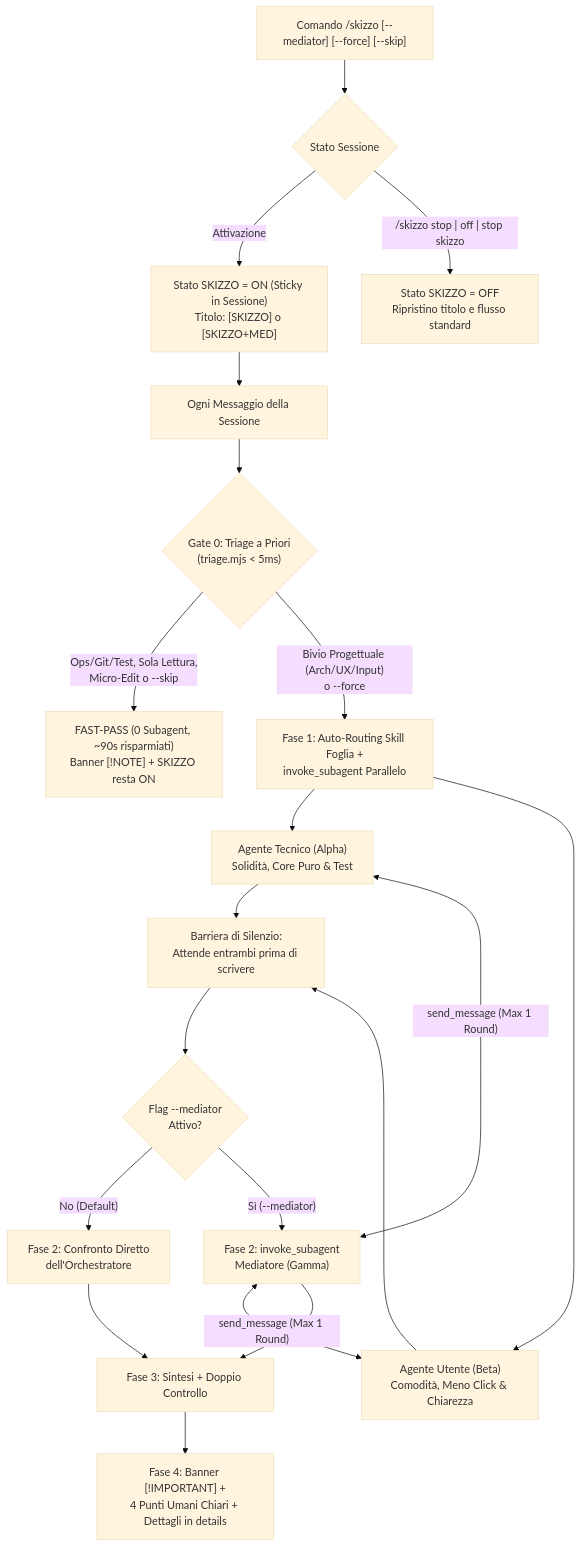
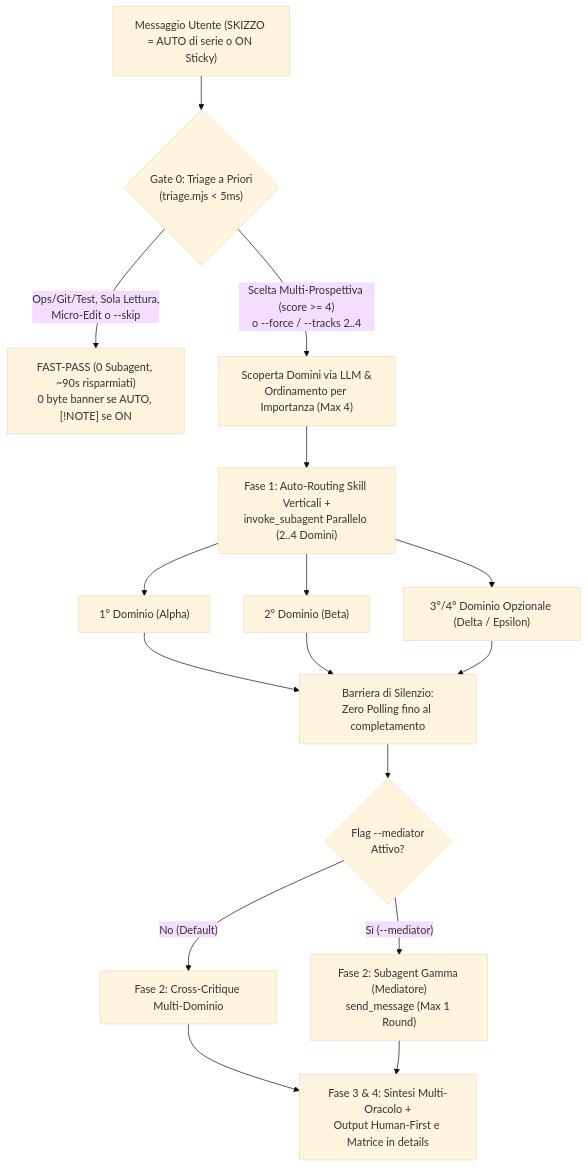
One commit to alessandroame/antigravity-plugins changed the diagram in plugins/skizzo/README.md. Above: the diagram before and after it, drawn with Mermaid (base theme). The commit also changed other lines of this file and 8 other files, not shown here.

Commit message:
feat(skizzo): evolve dual-track into LLM-ranked dynamic multi-domain orchestration (2..4 agents)

````diff
--- a/plugins/skizzo/README.md
+++ b/plugins/skizzo/README.md
@@ -39,22 +34,18 @@
 ```mermaid
 flowchart TD
-    CMD["Comando /skizzo [--mediator] [--force] [--skip]"] --> TOGGLE{"Stato Sessione"}
-    TOGGLE -- "Attivazione" --> ON["Stato SKIZZO = ON (Sticky in Sessione)<br/>Titolo: [SKIZZO] o [SKIZZO+MED]"]
-    TOGGLE -- "/skizzo stop | off | stop skizzo" --> OFF["Stato SKIZZO = OFF<br/>Ripristino titolo e flusso standard"]
-    ON --> TASK["Ogni Messaggio della Sessione"]
-    TASK --> GATE0{"Gate 0: Triage a Priori<br/>(triage.mjs < 5ms)"}
-    GATE0 -- "Ops/Git/Test, Sola Lettura,<br/>Micro-Edit o --skip" --> FAST["FAST-PASS (0 Subagent, ~90s risparmiati)<br/>Banner [!NOTE] + SKIZZO resta ON"]
-    GATE0 -- "Bivio Progettuale (Arch/UX/Input)<br/>o --force" --> F1["Fase 1: Auto-Routing Skill Foglia +<br/>invoke_subagent Parallelo"]
-    F1 --> ALPHA["Agente Tecnico (Alpha)<br/>Solidità, Core Puro & Test"]
-    F1 --> BETA["Agente Utente (Beta)<br/>Comodità, Meno Click & Chiarezza"]
-    ALPHA --> WAIT["Barriera di Silenzio:<br/>Attende entrambi prima di scrivere"]
-    BETA --> WAIT
+    MSG["Messaggio Utente (SKIZZO = AUTO di serie o ON Sticky)"] --> GATE0{"Gate 0: Triage a Priori<br/>(triage.mjs < 5ms)"}
+    GATE0 -- "Ops/Git/Test, Sola Lettura,<br/>Micro-Edit o --skip" --> FAST["FAST-PASS (0 Subagent, ~90s risparmiati)<br/>0 byte banner se AUTO, [!NOTE] se ON"]
+    GATE0 -- "Scelta Multi-Prospettiva (score >= 4)<br/>o --force / --tracks 2..4" --> LLM_RANK["Scoperta Domini via LLM &<br/>Ordinamento per Importanza (Max 4)"]
+    LLM_RANK --> F1["Fase 1: Auto-Routing Skill Verticali +<br/>invoke_subagent Parallelo (2..4 Domini)"]
+    F1 --> A["1° Dominio (Alpha)"]
+    F1 --> B["2° Dominio (Beta)"]
+    F1 --> D["3°/4° Dominio Opzionale (Delta / Epsilon)"]
+    A --> WAIT["Barriera di Silenzio:<br/>Zero Polling fino al completamento"]
+    B --> WAIT
+    D --> WAIT
     WAIT --> MED{"Flag --mediator<br/>Attivo?"}
-    MED -- "No (Default)" --> F2A["Fase 2: Confronto Diretto<br/>dell'Orchestratore"]
-    MED -- "Sì (--mediator)" --> GAMMA["Fase 2: invoke_subagent<br/>Mediatore (Gamma)"]
-    GAMMA <-->|"send_message (Max 1 Round)"| ALPHA
-    GAMMA <-->|"send_message (Max 1 Round)"| BETA
-    F2A --> F3["Fase 3: Sintesi + Doppio Controllo"]
+    MED -- "No (Default)" --> F2A["Fase 2: Cross-Critique Multi-Dominio"]
+    MED -- "Sì (--mediator)" --> GAMMA["Fase 2: Subagent Gamma (Mediatore)<br/>send_message (Max 1 Round)"]
+    F2A --> F3["Fase 3 & 4: Sintesi Multi-Oracolo +<br/>Output Human-First e Matrice in details"]
     GAMMA --> F3
-    F3 --> F4["Fase 4: Banner [!IMPORTANT] +<br/>4 Punti Umani Chiari + Dettagli in details"]
 ```
````
